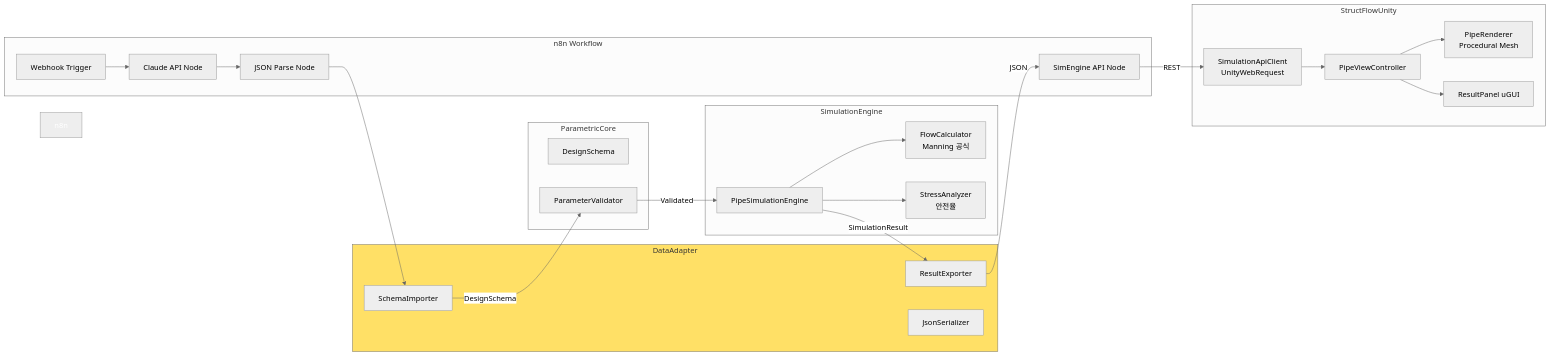
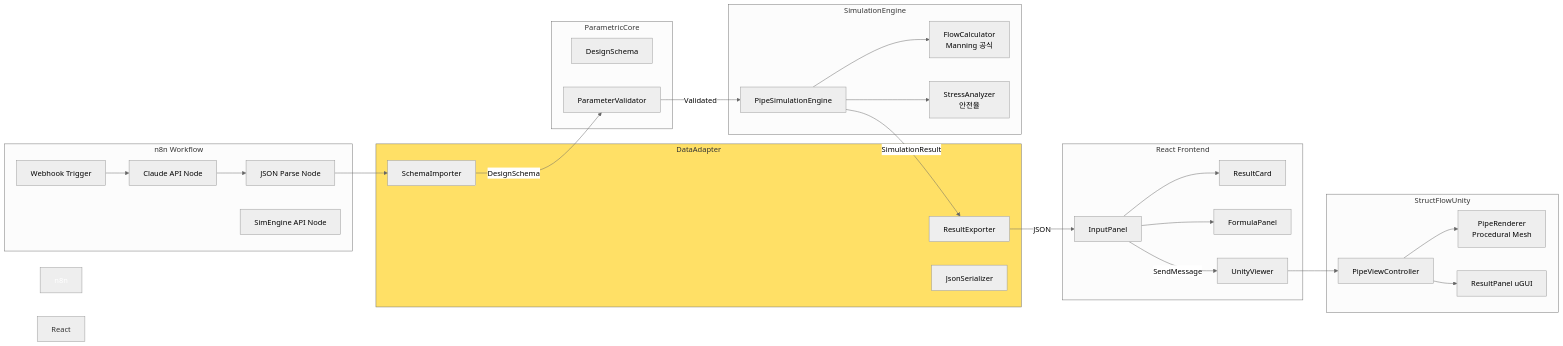
Before and after one commit to gusdh8380/StructFlow: the second of 3 diagrams in README.md, drawn with Mermaid (neutral theme). The commit also changed other lines of this file, not shown here.

````diff
--- a/README.md
+++ b/README.md
@@ -97,48 +133,57 @@
 ```mermaid
 graph LR
     subgraph ParametricCore
         DS[DesignSchema]
         PV[ParameterValidator]
     end
 
     subgraph DataAdapter
         SI[SchemaImporter]
         RE[ResultExporter]
         JS[JsonSerializer]
     end
 
     subgraph SimulationEngine
         FC[FlowCalculator\nManning 공식]
         SA[StressAnalyzer\n안전율]
         PSE[PipeSimulationEngine]
     end
 
     subgraph n8n Workflow
         WH[Webhook Trigger]
         LLM[Claude API Node]
         PARSE[JSON Parse Node]
         API[SimEngine API Node]
     end
 
+    subgraph React Frontend
+        IP[InputPanel]
+        RC[ResultCard]
+        FP[FormulaPanel]
+        UV[UnityViewer]
+    end
+
     subgraph StructFlowUnity
-        AC[SimulationApiClient\nUnityWebRequest]
         PVC[PipeViewController]
         PR[PipeRenderer\nProcedural Mesh]
         RP[ResultPanel uGUI]
     end
 
     WH --> LLM --> PARSE --> SI
     SI -->|DesignSchema| PV
     PV -->|Validated| PSE
     PSE --> FC
     PSE --> SA
     PSE -->|SimulationResult| RE
-    RE -->|JSON| API
-    API -->|REST| AC
-    AC --> PVC
+    RE -->|JSON| IP
+    IP --> RC
+    IP --> FP
+    IP -->|SendMessage| UV
+    UV --> PVC
     PVC --> PR
     PVC --> RP
 
     style DataAdapter fill:#FFE066,color:#333
     style n8n Workflow fill:#6E4AFF,color:#fff
+    style React Frontend fill:#61DAFB,color:#333
 ```
````
